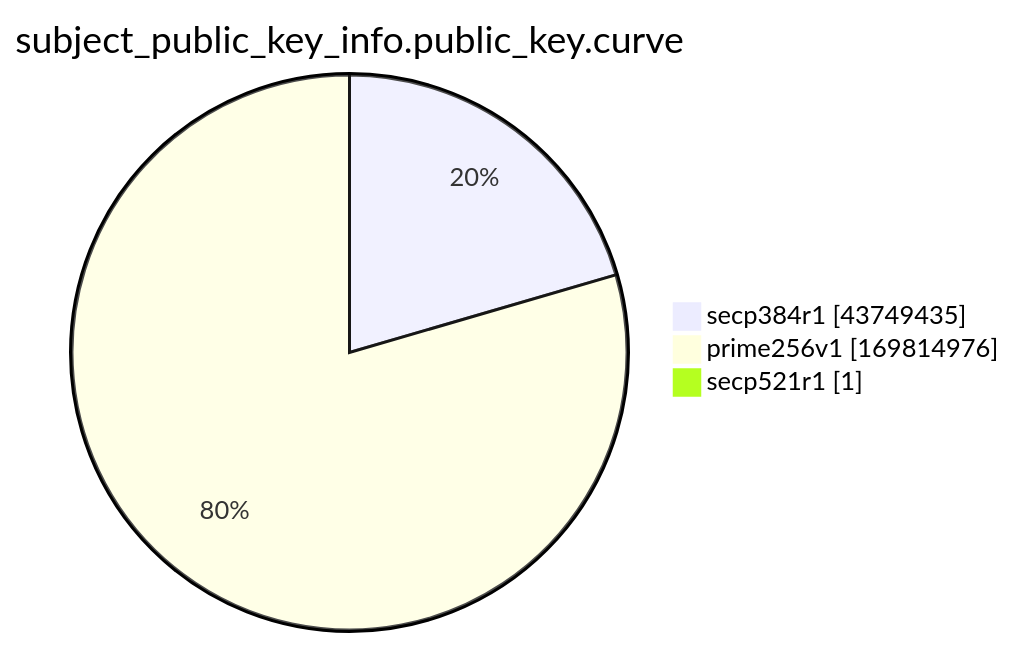
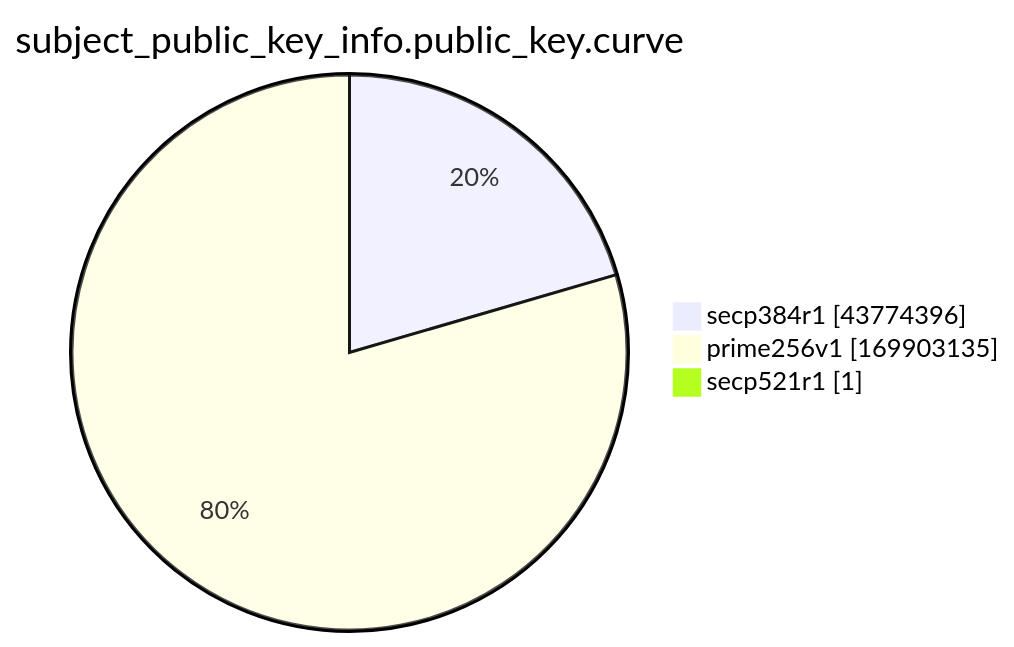
One commit to christiankrug/ctmonitor_visualization changed the ninth of 15 diagrams in xenon2022/README.md. Above: the diagram before and after it, drawn with Mermaid. The commit also changed other lines of this file, not shown here.

````diff
--- a/xenon2022/README.md
+++ b/xenon2022/README.md
@@ -2871,7 +2871,7 @@
 ```mermaid
 pie showData
 title subject_public_key_info.public_key.curve
-"secp384r1" :43749435
-"prime256v1" :169814976
+"secp384r1" :43774396
+"prime256v1" :169903135
 "secp521r1" :1
 ```
````
